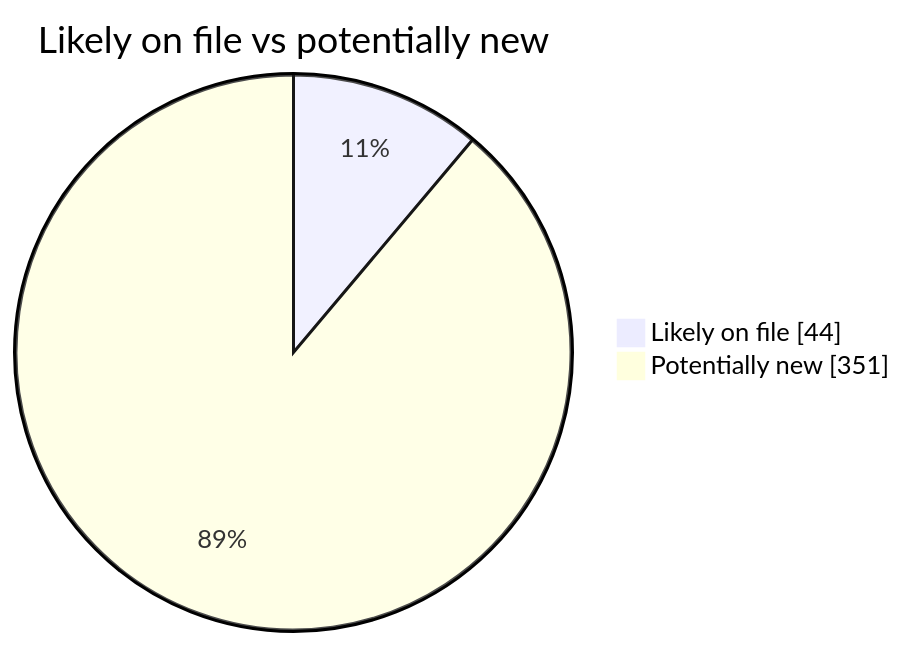
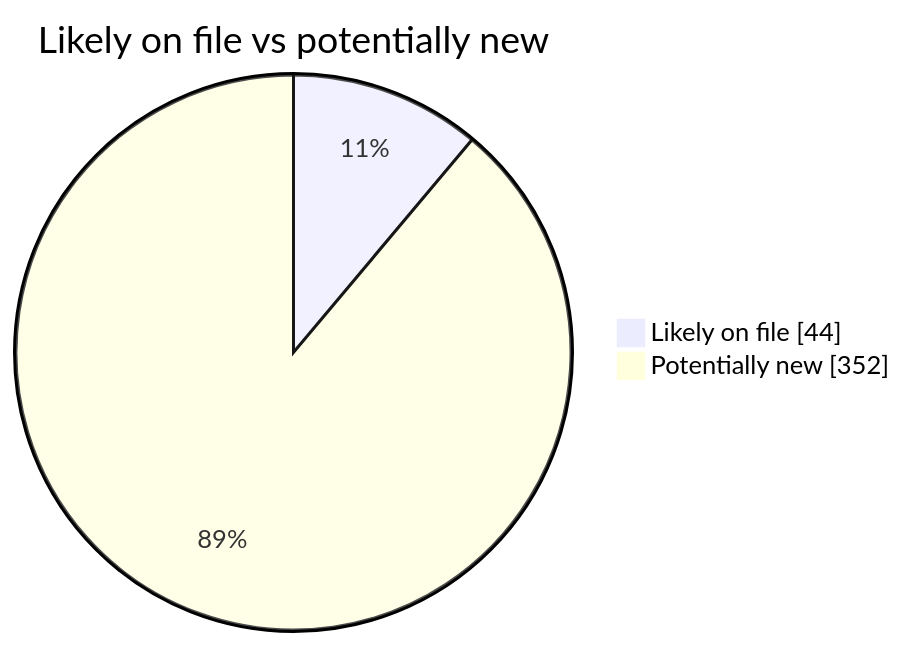
Before and after one commit to martinbalfanz/social-scanner-reports: the second of 4 diagrams in README.md, drawn with Mermaid. The commit also changed other lines of this file and 4 other files, not shown here.

````diff
--- a/README.md
+++ b/README.md
@@ -40,5 +40,5 @@
 ```mermaid
 pie showData title Likely on file vs potentially new
     "Likely on file" : 44
-    "Potentially new" : 351
+    "Potentially new" : 352
 ```
````
